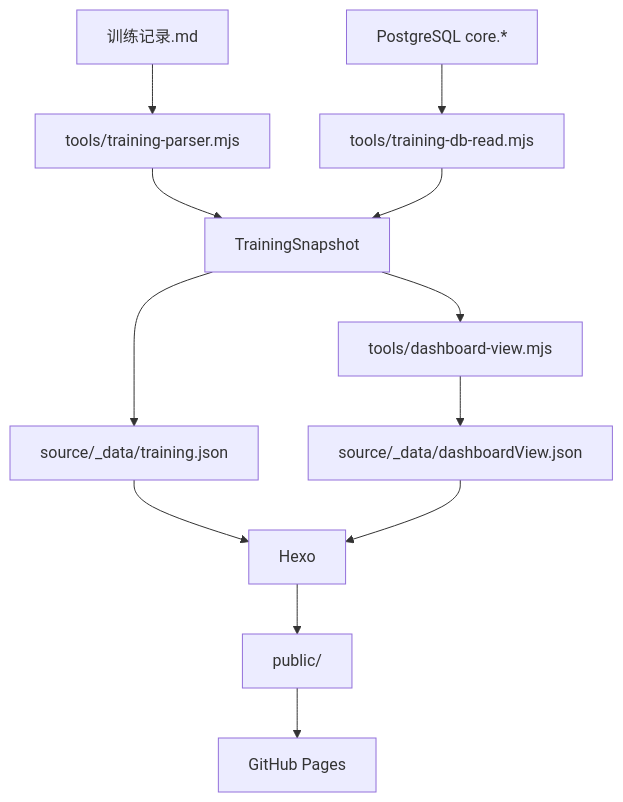
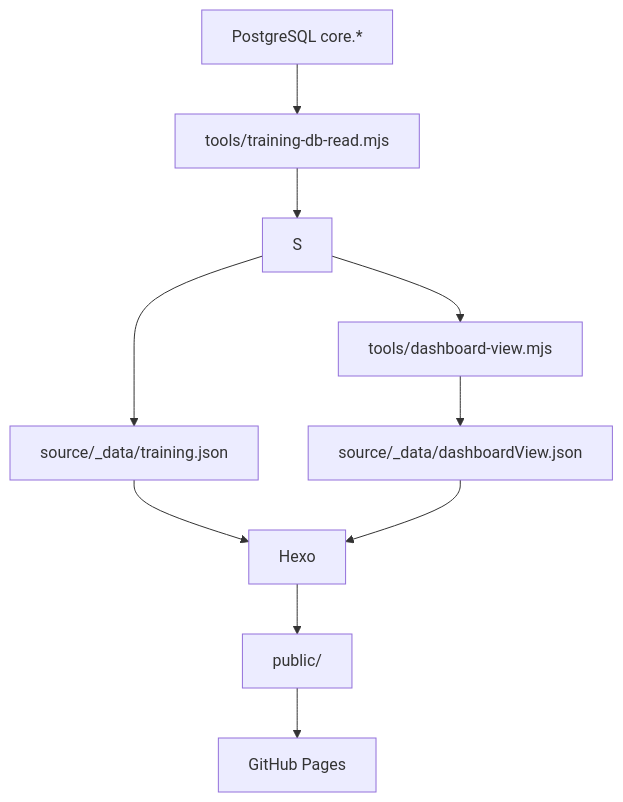
Before and after one commit to soulgo/training_records: the first of 4 diagrams in docs/数据流转/数据流转说明.md, drawn with Mermaid. The commit also changed other lines of this file and 38 other files, not shown here.

````diff
--- a/docs/数据流转/数据流转说明.md
+++ b/docs/数据流转/数据流转说明.md
@@ -7,14 +7,12 @@
 ```mermaid
 flowchart TD
-  A["训练记录.md"] --> B["tools/training-parser.mjs"]
   DB["PostgreSQL core.*"] --> C["tools/training-db-read.mjs"]
-  B --> S["TrainingSnapshot"]
   C --> S
   S --> D["source/_data/training.json"]
   S --> V["tools/dashboard-view.mjs"]
   V --> E["source/_data/dashboardView.json"]
   D --> H["Hexo"]
   E --> H
   H --> P["public/"]
   P --> G["GitHub Pages"]
 ```
````
